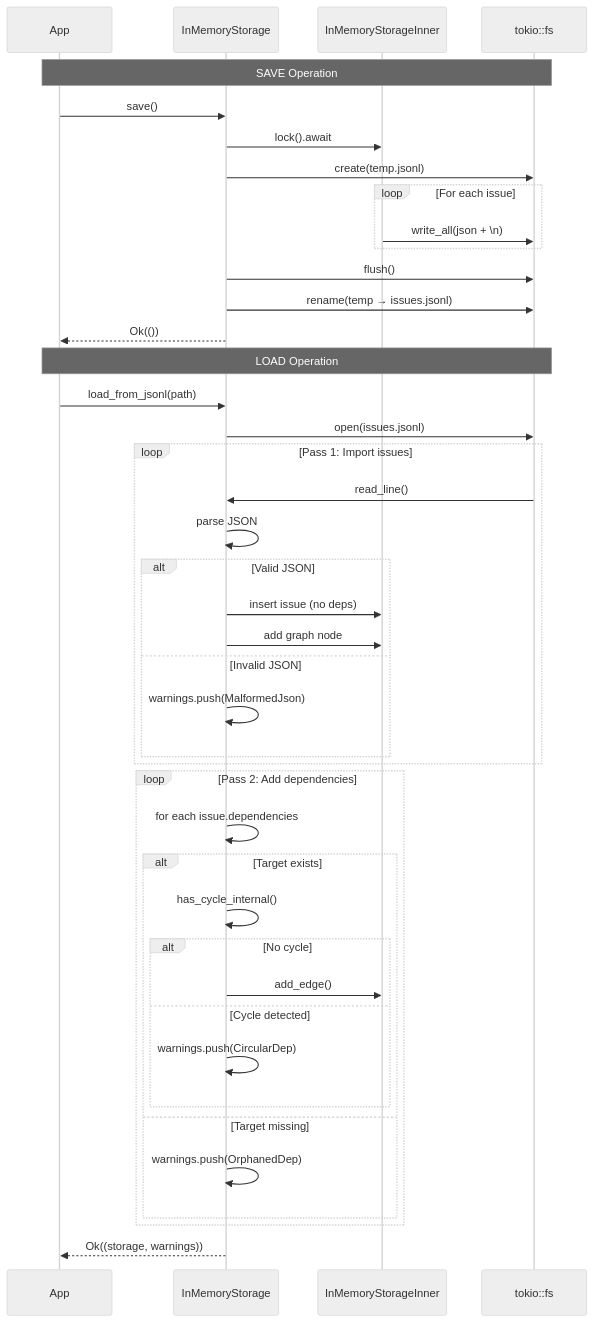
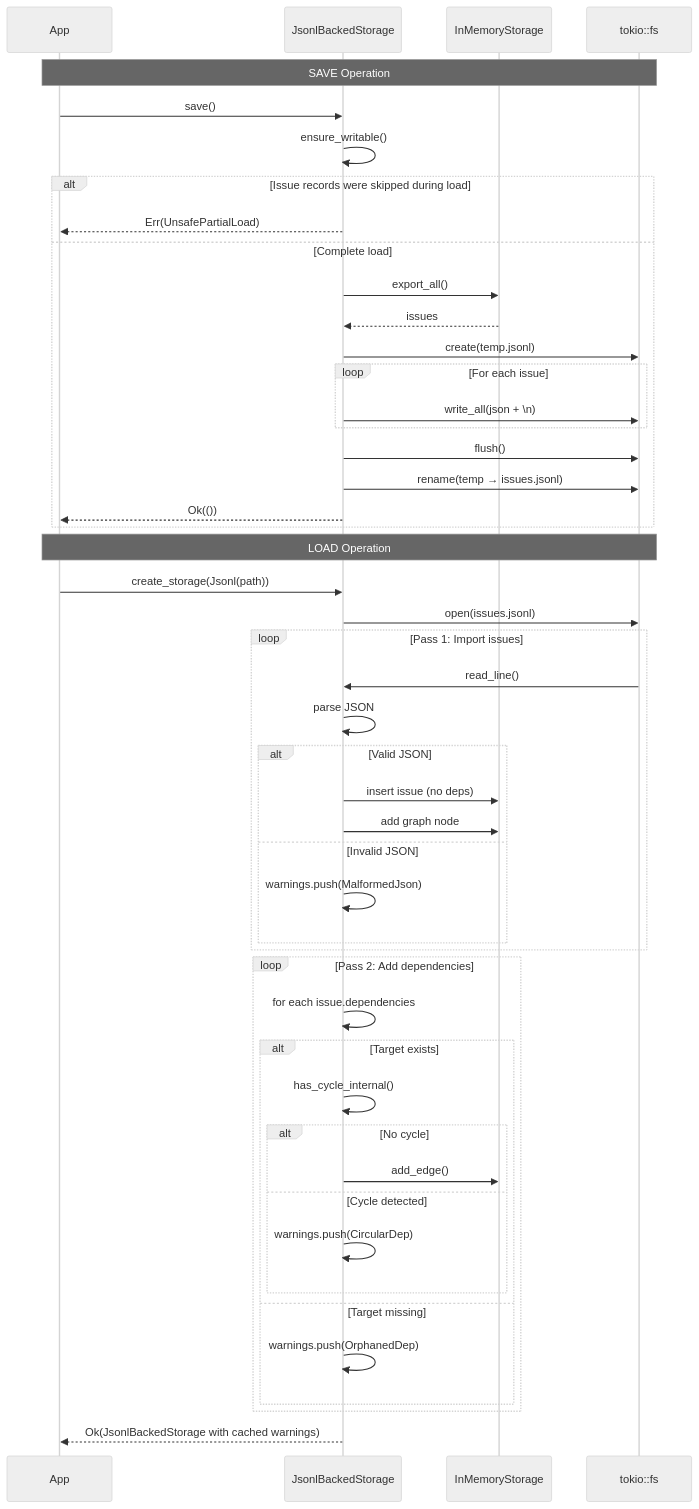
Before and after one commit to dwalleck/rivets: the third of 8 diagrams in docs/storage-architecture.md, drawn with Mermaid (neutral theme). The commit also changed other lines of this file and 9 other files, not shown here.

````diff
--- a/docs/storage-architecture.md
+++ b/docs/storage-architecture.md
@@ -111,48 +111,54 @@
 ```mermaid
 sequenceDiagram
     participant App
-    participant Storage as InMemoryStorage
-    participant Inner as InMemoryStorageInner
+    participant Storage as JsonlBackedStorage
+    participant Inner as InMemoryStorage
     participant FS as tokio::fs
 
     Note over App,FS: SAVE Operation
 
     App->>Storage: save()
-    Storage->>Inner: lock().await
-    Storage->>FS: create(temp.jsonl)
-    loop For each issue
-        Inner->>FS: write_all(json + \n)
+    Storage->>Storage: ensure_writable()
+    alt Issue records were skipped during load
+        Storage-->>App: Err(UnsafePartialLoad)
+    else Complete load
+        Storage->>Inner: export_all()
+        Inner-->>Storage: issues
+        Storage->>FS: create(temp.jsonl)
+        loop For each issue
+            Storage->>FS: write_all(json + \n)
+        end
+        Storage->>FS: flush()
+        Storage->>FS: rename(temp → issues.jsonl)
+        Storage-->>App: Ok(())
     end
-    Storage->>FS: flush()
-    Storage->>FS: rename(temp → issues.jsonl)
-    Storage-->>App: Ok(())
 
     Note over App,FS: LOAD Operation
 
-    App->>Storage: load_from_jsonl(path)
+    App->>Storage: create_storage(Jsonl(path))
     Storage->>FS: open(issues.jsonl)
     loop Pass 1: Import issues
         FS->>Storage: read_line()
         Storage->>Storage: parse JSON
         alt Valid JSON
             Storage->>Inner: insert issue (no deps)
             Storage->>Inner: add graph node
         else Invalid JSON
             Storage->>Storage: warnings.push(MalformedJson)
         end
     end
     loop Pass 2: Add dependencies
         Storage->>Storage: for each issue.dependencies
         alt Target exists
             Storage->>Storage: has_cycle_internal()
             alt No cycle
                 Storage->>Inner: add_edge()
             else Cycle detected
                 Storage->>Storage: warnings.push(CircularDep)
             end
         else Target missing
             Storage->>Storage: warnings.push(OrphanedDep)
         end
     end
-    Storage-->>App: Ok((storage, warnings))
+    Storage-->>App: Ok(JsonlBackedStorage with cached warnings)
 ```
````
